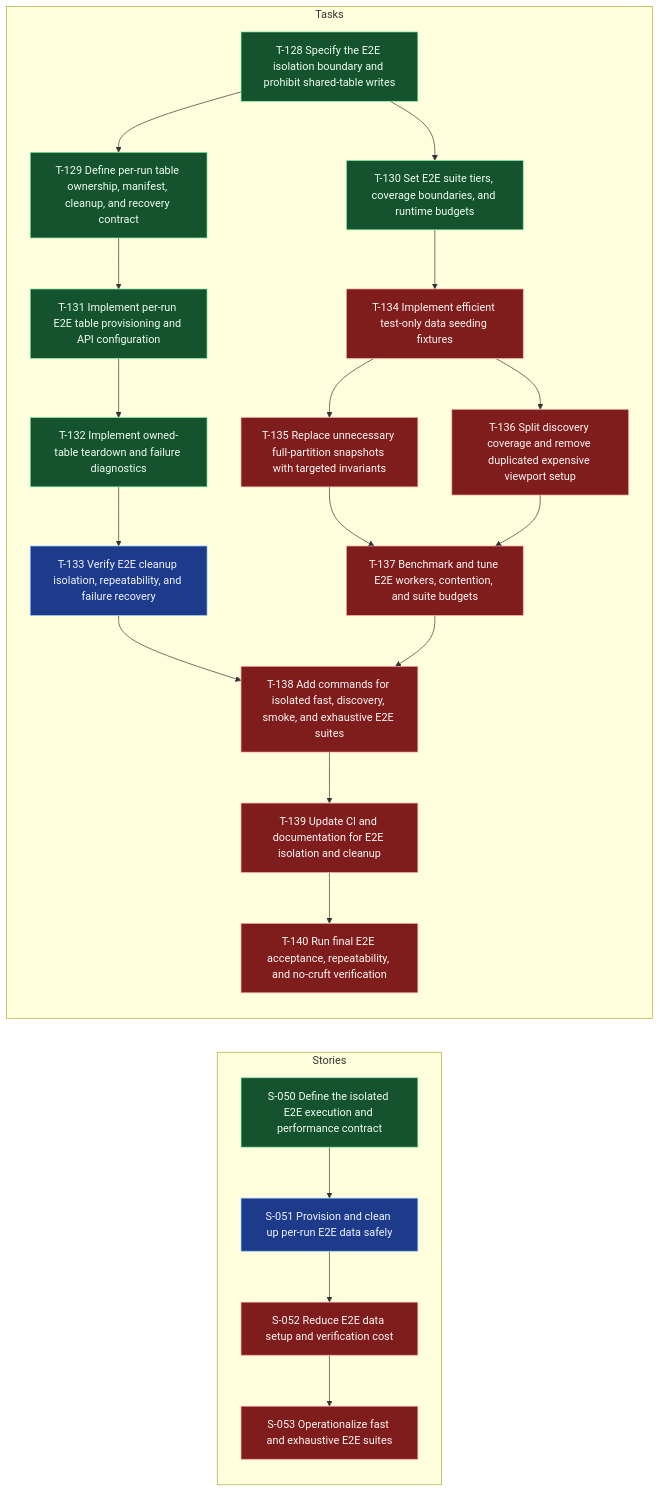
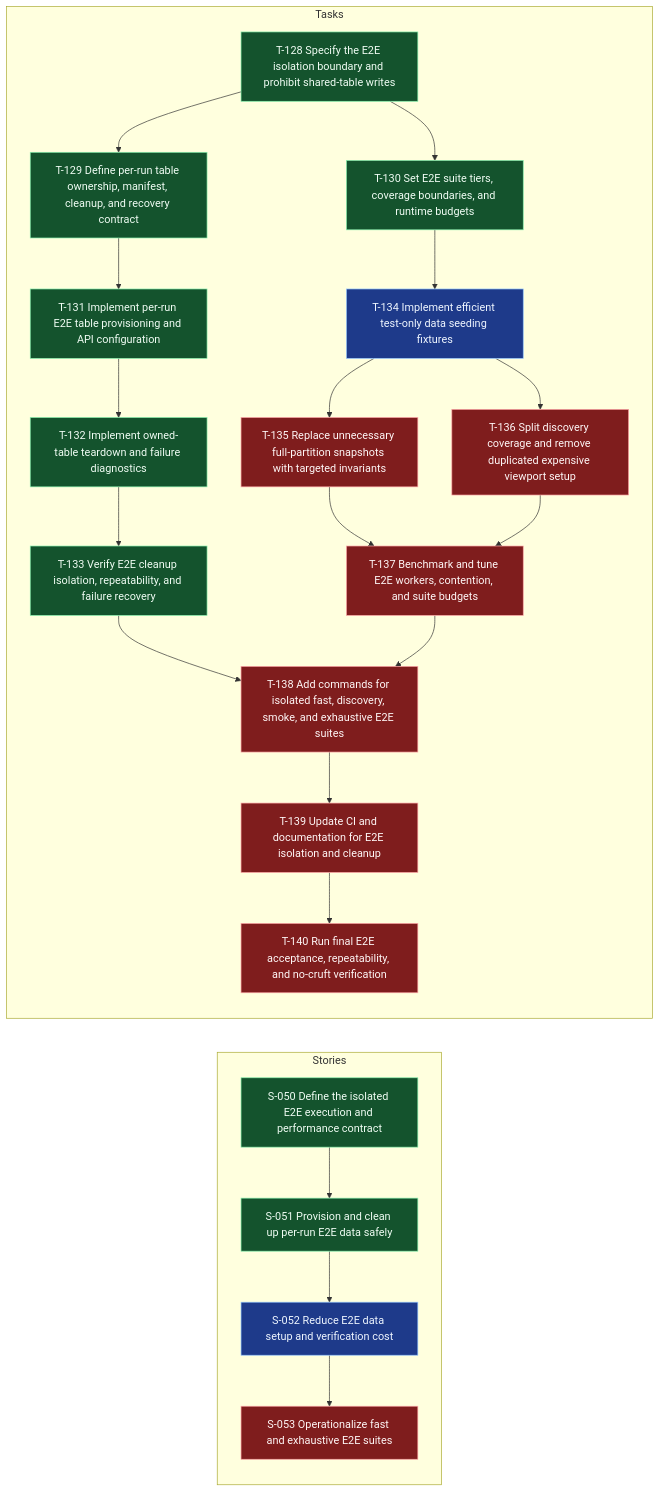
Before and after one commit to andybalham/invite-agent: the diagram in .worktracker/graphs/E-014.mmd, drawn with Mermaid. The commit also changed 14 other files, not shown here.

First line of the commit message:
feat(e2e): enhance cleanup isolation and recovery mechanisms

```diff
--- a/.worktracker/graphs/E-014.mmd
+++ b/.worktracker/graphs/E-014.mmd
@@ -1,61 +1,61 @@
 graph LR
   classDef done fill:#14532d,stroke:#86efac,color:#f0fdf4;
   classDef blocked fill:#7f1d1d,stroke:#fca5a5,color:#fff7f7;
   classDef inprogress fill:#78350f,stroke:#fbbf24,color:#fffbeb;
   classDef todo fill:#1e3a8a,stroke:#93c5fd,color:#eff6ff;
   classDef empty fill:#374151,stroke:#d1d5db,color:#f9fafb,stroke-dasharray: 3 3;
   subgraph Stories
     S050["S-050 Define the isolated E2E execution and performance contract"]:::done
-    S051["S-051 Provision and clean up per-run E2E data safely"]:::todo
-    S052["S-052 Reduce E2E data setup and verification cost"]:::blocked
+    S051["S-051 Provision and clean up per-run E2E data safely"]:::done
+    S052["S-052 Reduce E2E data setup and verification cost"]:::todo
     S053["S-053 Operationalize fast and exhaustive E2E suites"]:::blocked
     S050 --> S051
     S051 --> S052
     S052 --> S053
   end
   subgraph Tasks
     T128["T-128 Specify the E2E isolation boundary and prohibit shared-table writes"]:::done
     T129["T-129 Define per-run table ownership, manifest, cleanup, and recovery contract"]:::done
     T130["T-130 Set E2E suite tiers, coverage boundaries, and runtime budgets"]:::done
     T131["T-131 Implement per-run E2E table provisioning and API configuration"]:::done
     T132["T-132 Implement owned-table teardown and failure diagnostics"]:::done
-    T133["T-133 Verify E2E cleanup isolation, repeatability, and failure recovery"]:::todo
-    T134["T-134 Implement efficient test-only data seeding fixtures"]:::blocked
+    T133["T-133 Verify E2E cleanup isolation, repeatability, and failure recovery"]:::done
+    T134["T-134 Implement efficient test-only data seeding fixtures"]:::todo
     T135["T-135 Replace unnecessary full-partition snapshots with targeted invariants"]:::blocked
     T136["T-136 Split discovery coverage and remove duplicated expensive viewport setup"]:::blocked
     T137["T-137 Benchmark and tune E2E workers, contention, and suite budgets"]:::blocked
     T138["T-138 Add commands for isolated fast, discovery, smoke, and exhaustive E2E suites"]:::blocked
     T139["T-139 Update CI and documentation for E2E isolation and cleanup"]:::blocked
     T140["T-140 Run final E2E acceptance, repeatability, and no-cruft verification"]:::blocked
     T128 --> T129
     T128 --> T130
     T129 --> T131
     T130 --> T134
     T131 --> T132
     T132 --> T133
     T133 --> T138
     T134 --> T135
     T134 --> T136
     T135 --> T137
     T136 --> T137
     T137 --> T138
     T138 --> T139
     T139 --> T140
   end
   click S050 "../entities/S-050-define-the-isolated-e2e-execution-and-performance-contract.md"
   click S051 "../entities/S-051-provision-and-clean-up-per-run-e2e-data-safely.md"
   click S052 "../entities/S-052-reduce-e2e-data-setup-and-verification-cost.md"
   click S053 "../entities/S-053-operationalize-fast-and-exhaustive-e2e-suites.md"
   click T128 "../entities/T-128-specify-the-e2e-isolation-boundary-and-prohibit-shared-table-writes.md"
   click T129 "../entities/T-129-define-per-run-table-ownership-manifest-cleanup-and-recovery-contract.md"
   click T130 "../entities/T-130-set-e2e-suite-tiers-coverage-boundaries-and-runtime-budgets.md"
   click T131 "../entities/T-131-implement-per-run-e2e-table-provisioning-and-api-configuration.md"
   click T132 "../entities/T-132-implement-owned-table-teardown-and-failure-diagnostics.md"
   click T133 "../entities/T-133-verify-e2e-cleanup-isolation-repeatability-and-failure-recovery.md"
   click T134 "../entities/T-134-implement-efficient-test-only-data-seeding-fixtures.md"
   click T135 "../entities/T-135-replace-unnecessary-full-partition-snapshots-with-targeted-invariants.md"
   click T136 "../entities/T-136-split-discovery-coverage-and-remove-duplicated-expensive-viewport-setup.md"
   click T137 "../entities/T-137-benchmark-and-tune-e2e-workers-contention-and-suite-budgets.md"
   click T138 "../entities/T-138-add-commands-for-isolated-fast-discovery-smoke-and-exhaustive-e2e-suites.md"
   click T139 "../entities/T-139-update-ci-and-documentation-for-e2e-isolation-and-cleanup.md"
   click T140 "../entities/T-140-run-final-e2e-acceptance-repeatability-and-no-cruft-verification.md"
```
